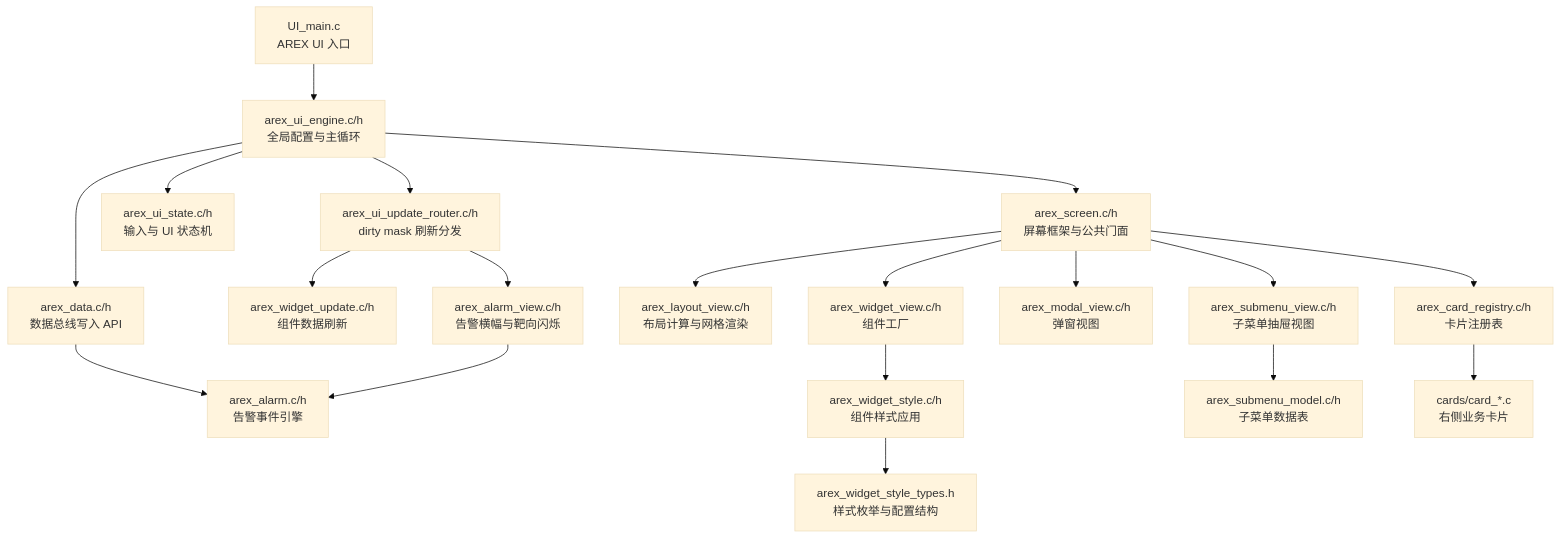
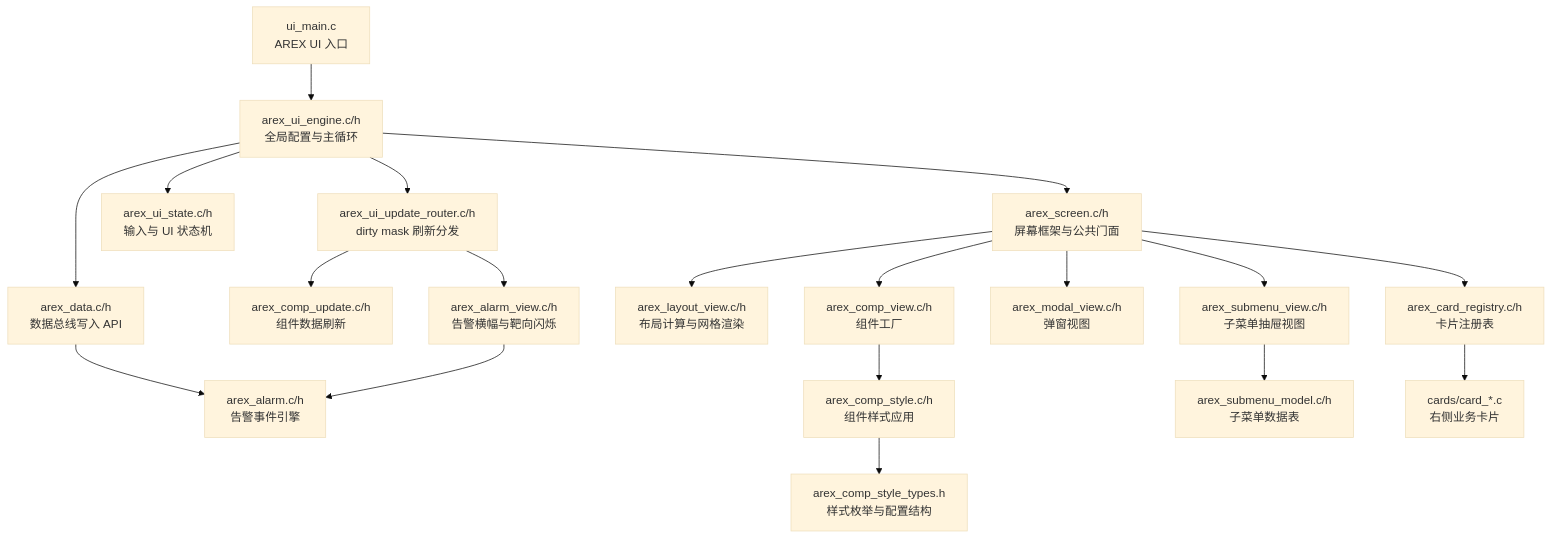
One commit to arexvision/lv_port_win_codeblocks-release-v8.3_hasGroup changed the first of 6 diagrams in UI_html_DOC/AREX_UI_MODULE_MAP.md. Above: the diagram before and after it, drawn with Mermaid (base theme). The commit also changed other lines of this file and 17 other files, not shown here.

````diff
--- a/UI_html_DOC/AREX_UI_MODULE_MAP.md
+++ b/UI_html_DOC/AREX_UI_MODULE_MAP.md
@@ -21,24 +21,24 @@
 ```mermaid
 flowchart TD
-    UI["UI_main.c<br/>AREX UI 入口"] --> Engine["arex_ui_engine.c/h<br/>全局配置与主循环"]
+    UI["ui_main.c<br/>AREX UI 入口"] --> Engine["arex_ui_engine.c/h<br/>全局配置与主循环"]
     Engine --> Data["arex_data.c/h<br/>数据总线写入 API"]
     Engine --> State["arex_ui_state.c/h<br/>输入与 UI 状态机"]
     Engine --> UpdateRouter["arex_ui_update_router.c/h<br/>dirty mask 刷新分发"]
     Engine --> Screen["arex_screen.c/h<br/>屏幕框架与公共门面"]
 
     Screen --> Layout["arex_layout_view.c/h<br/>布局计算与网格渲染"]
-    Screen --> WidgetView["arex_widget_view.c/h<br/>组件工厂"]
+    Screen --> WidgetView["arex_comp_view.c/h<br/>组件工厂"]
     Screen --> Modal["arex_modal_view.c/h<br/>弹窗视图"]
     Screen --> SubmenuView["arex_submenu_view.c/h<br/>子菜单抽屉视图"]
     SubmenuView --> SubmenuModel["arex_submenu_model.c/h<br/>子菜单数据表"]
 
-    UpdateRouter --> WidgetUpdate["arex_widget_update.c/h<br/>组件数据刷新"]
+    UpdateRouter --> WidgetUpdate["arex_comp_update.c/h<br/>组件数据刷新"]
     UpdateRouter --> AlarmView["arex_alarm_view.c/h<br/>告警横幅与靶向闪烁"]
     Data --> AlarmEngine["arex_alarm.c/h<br/>告警事件引擎"]
     AlarmView --> AlarmEngine
 
     Screen --> Registry["arex_card_registry.c/h<br/>卡片注册表"]
     Registry --> Cards["cards/card_*.c<br/>右侧业务卡片"]
-    WidgetView --> Style["arex_widget_style.c/h<br/>组件样式应用"]
-    Style --> StyleTypes["arex_widget_style_types.h<br/>样式枚举与配置结构"]
+    WidgetView --> Style["arex_comp_style.c/h<br/>组件样式应用"]
+    Style --> StyleTypes["arex_comp_style_types.h<br/>样式枚举与配置结构"]
 ```
````
